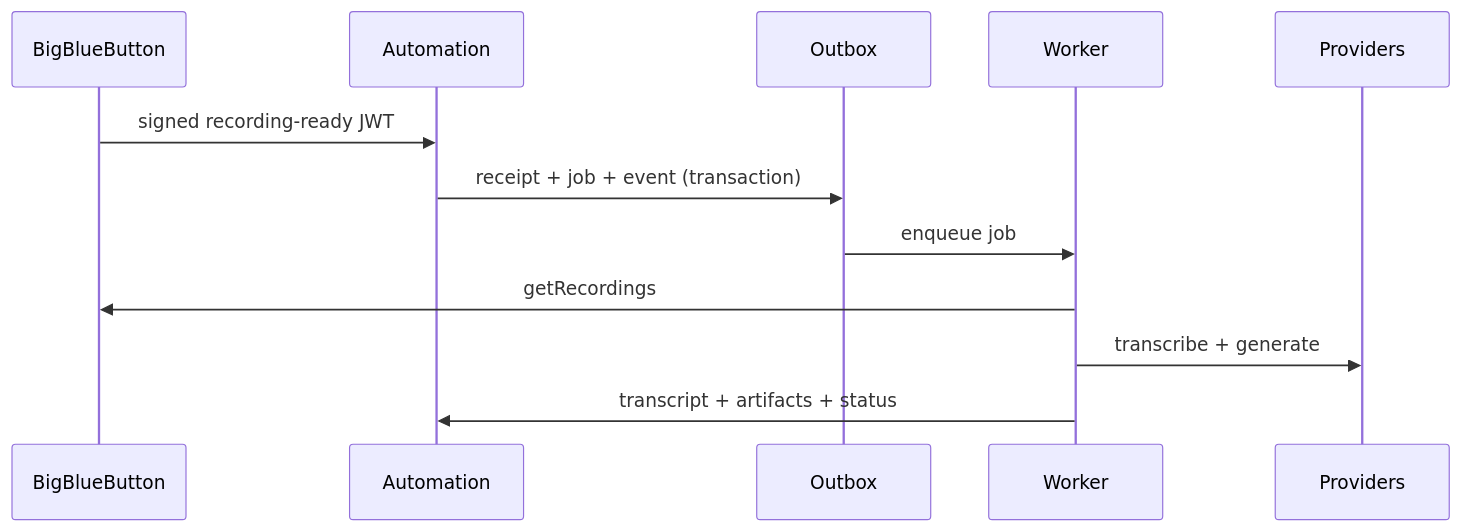
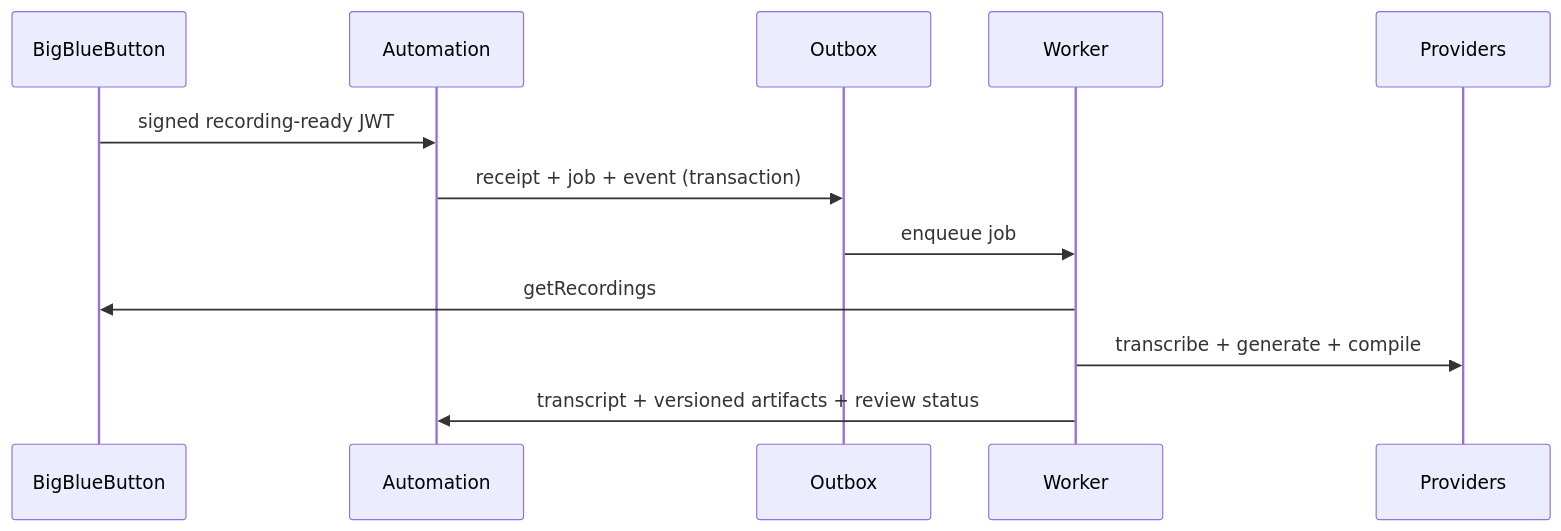
One commit to ArtemLevin/tutor-assistant-web changed the second of 4 diagrams in docs/architecture.md. Above: the diagram before and after it, drawn with Mermaid. The commit also changed other lines of this file and 30 other files, not shown here.

````diff
--- a/docs/architecture.md
+++ b/docs/architecture.md
@@ -52,15 +56,15 @@
 ```mermaid
 sequenceDiagram
     participant BBB as BigBlueButton
     participant A as Automation
     participant O as Outbox
     participant W as Worker
     participant AI as Providers
 
     BBB->>A: signed recording-ready JWT
     A->>O: receipt + job + event (transaction)
     O->>W: enqueue job
     W->>BBB: getRecordings
-    W->>AI: transcribe + generate
-    W->>A: transcript + artifacts + status
+    W->>AI: transcribe + generate + compile
+    W->>A: transcript + versioned artifacts + review status
 ```
````
